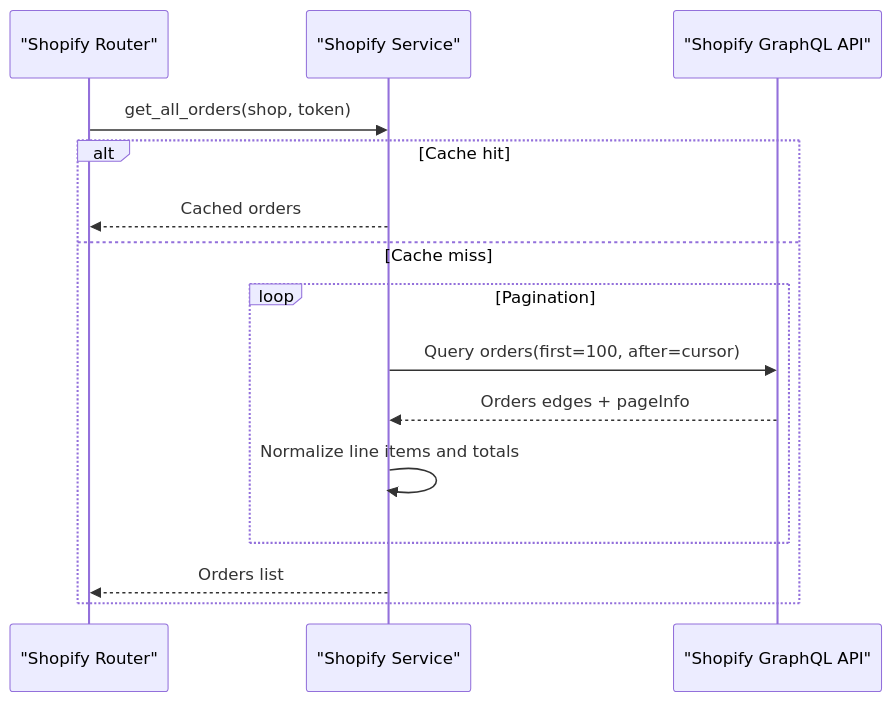
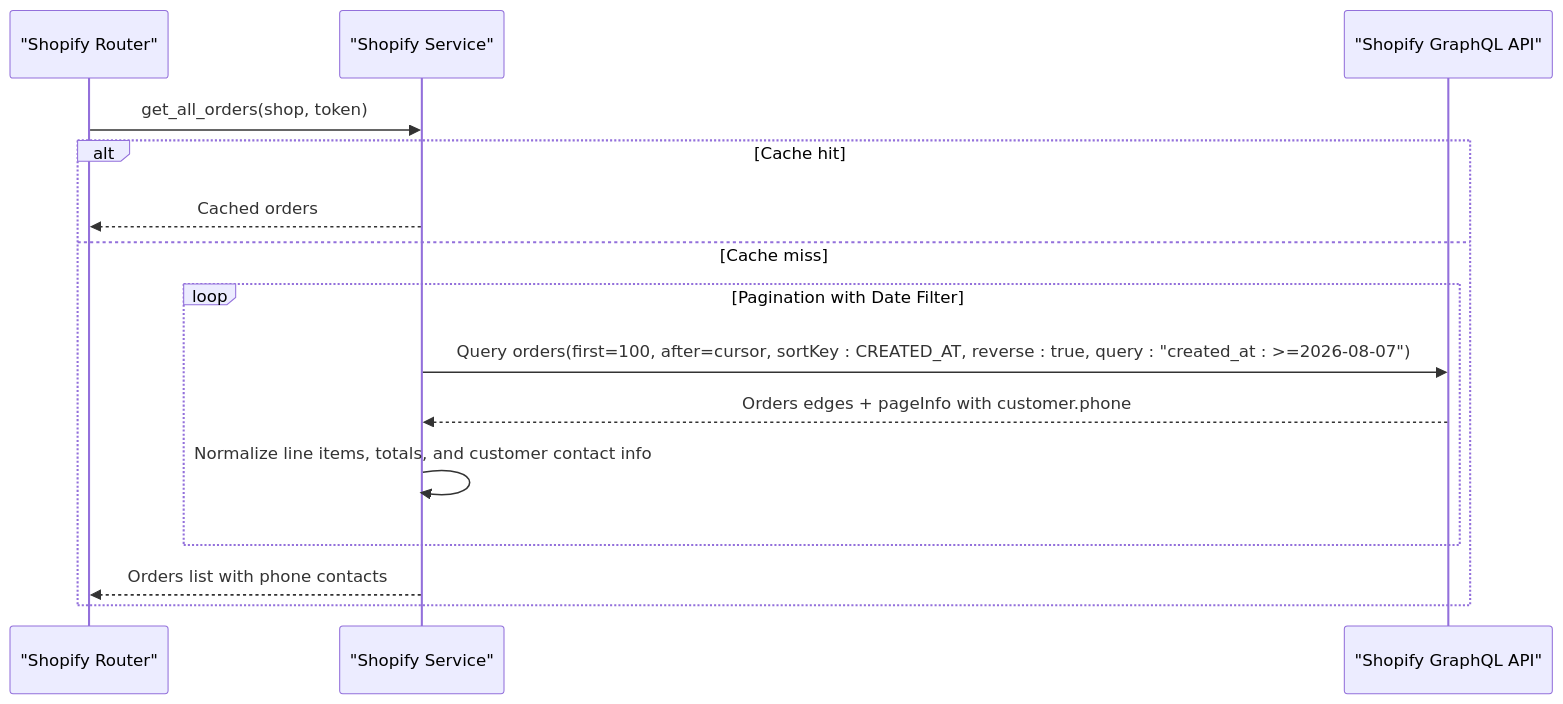
The sixth of 7 diagrams in .qoder/repowiki/en/content/API Reference/Marketplace Integration API/Shopify Integration API.md (Muhammad-Masood/tijarah-ai-backend), drawn with Mermaid before and after one commit. The commit also changed other lines of this file and 13 other files, not shown here.

First line of the commit message:
docs(shopify): enhance order processing with date filtering and phone contact support

````diff
--- a/.qoder/repowiki/en/content/API Reference/Marketplace Integration API/Shopify Integration API.md
+++ b/.qoder/repowiki/en/content/API Reference/Marketplace Integration API/Shopify Integration API.md
@@ -217,17 +232,17 @@
 ```mermaid
 sequenceDiagram
 participant R as "Shopify Router"
 participant S as "Shopify Service"
 participant G as "Shopify GraphQL API"
 R->>S : get_all_orders(shop, token)
 alt Cache hit
 S-->>R : Cached orders
 else Cache miss
-loop Pagination
-S->>G : Query orders(first=100, after=cursor)
-G-->>S : Orders edges + pageInfo
-S->>S : Normalize line items and totals
+loop Pagination with Date Filter
+S->>G : Query orders(first=100, after=cursor, sortKey : CREATED_AT, reverse : true, query : "created_at : >=2026-08-07")
+G-->>S : Orders edges + pageInfo with customer.phone
+S->>S : Normalize line items, totals, and customer contact info
 end
-S-->>R : Orders list
+S-->>R : Orders list with phone contacts
 end
 ```
````
